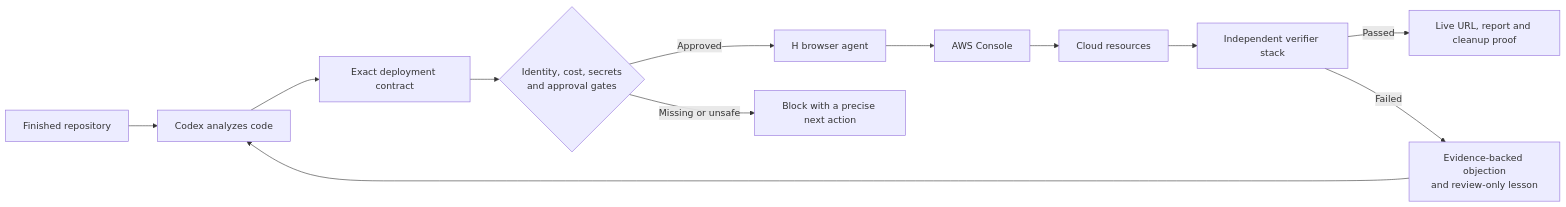
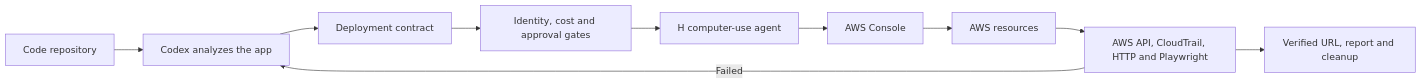
One commit to Jiyungi/cloud_CUA changed the diagram in README.md. Above: the diagram before and after it, drawn with Mermaid. The commit also changed other lines of this file, not shown here.

````diff
--- a/README.md
+++ b/README.md
@@ -41,14 +64,12 @@
 ```mermaid
 flowchart LR
-    Repo[Finished repository] --> Codex[Codex analyzes code]
-    Codex --> Contract[Exact deployment contract]
-    Contract --> Gate{Identity, cost, secrets<br/>and approval gates}
-    Gate -->|Approved| H[H browser agent]
-    Gate -->|Missing or unsafe| Stop[Block with a precise next action]
-    H --> Console[AWS Console]
-    Console --> Resource[Cloud resources]
-    Resource --> Verify[Independent verifier stack]
-    Verify -->|Passed| Report[Live URL, report and cleanup proof]
-    Verify -->|Failed| Lesson[Evidence-backed objection<br/>and review-only lesson]
-    Lesson --> Codex
+    Repo[Code repository] --> Codex[Codex analyzes the app]
+    Codex --> Contract[Deployment contract]
+    Contract --> Approval[Identity, cost and approval gates]
+    Approval --> H[H computer-use agent]
+    H --> Browser[AWS Console]
+    Browser --> AWS[AWS resources]
+    AWS --> Verify[AWS API, CloudTrail, HTTP and Playwright]
+    Verify --> Result[Verified URL, report and cleanup]
+    Verify -->|Failed| Codex
 ```
````
